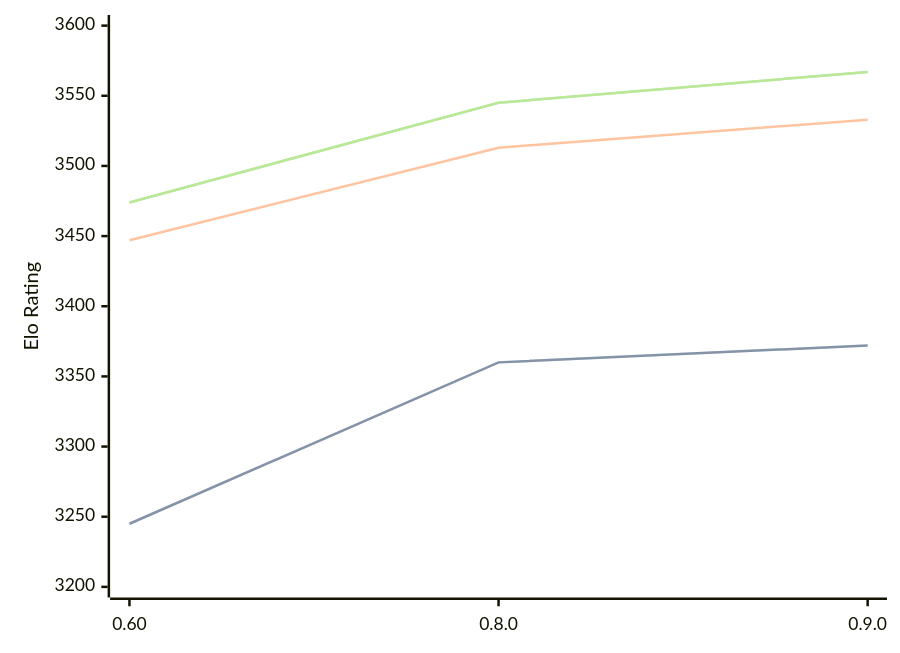
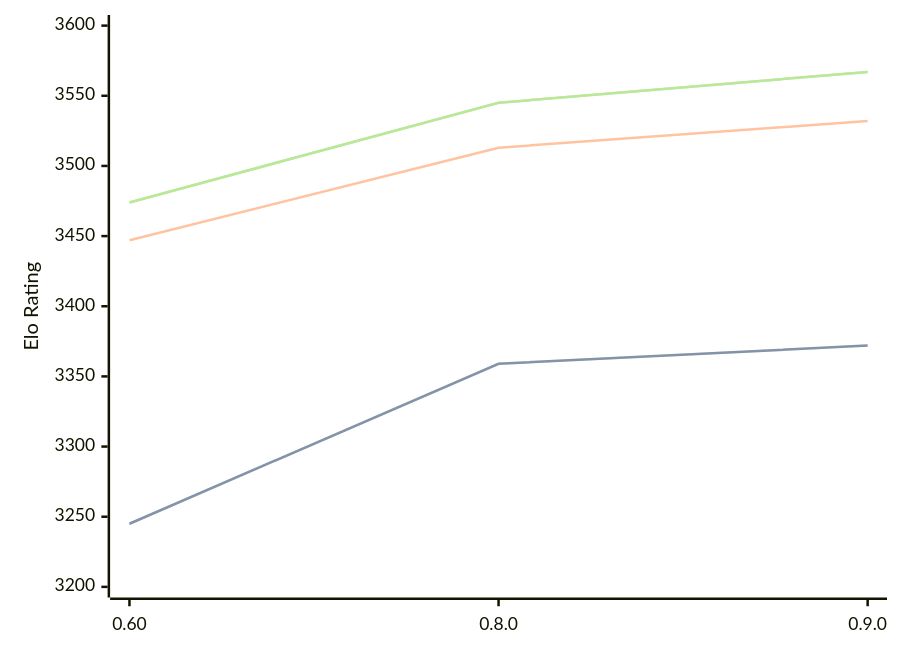
Before and after one commit to computer-chess-index/cci: the diagram in engines/Motor.md, drawn with Mermaid. The commit also changed other lines of this file, not shown here.

Commit message:
Update CCI Ratings (ELO VLTC) - 2026-03-15

````diff
--- a/engines/Motor.md
+++ b/engines/Motor.md
@@ -37,11 +37,11 @@
 ```mermaid
 %%{init: {"theme":"base","themeVariables":{"seriesColors:['#a3a3a3','#222221','#faa371']}}}%%
 xychart-beta
   x-axis ["0.60", "0.8.0", "0.9.0"]
   y-axis "Elo Rating" 3200 --> 3600
-  line "STC (8.0+0.08s)" [3245, 3360, 3372]
-  line "STC (8.0+0.08s)" [3245, 3360, 3372]
-  line "LTC (60.0+0.60s)" [3447, 3513, 3533]
+  line "STC (8.0+0.08s)" [3245, 3359, 3372]
+  line "STC (8.0+0.08s)" [3245, 3359, 3372]
+  line "LTC (60.0+0.60s)" [3447, 3513, 3532]
   line "VLTC (2m24s+1.12s)" [3474, 3545, 3567]
   line "VLTC (2m24s+1.12s)" [3474, 3545, 3567]
 ```
````
